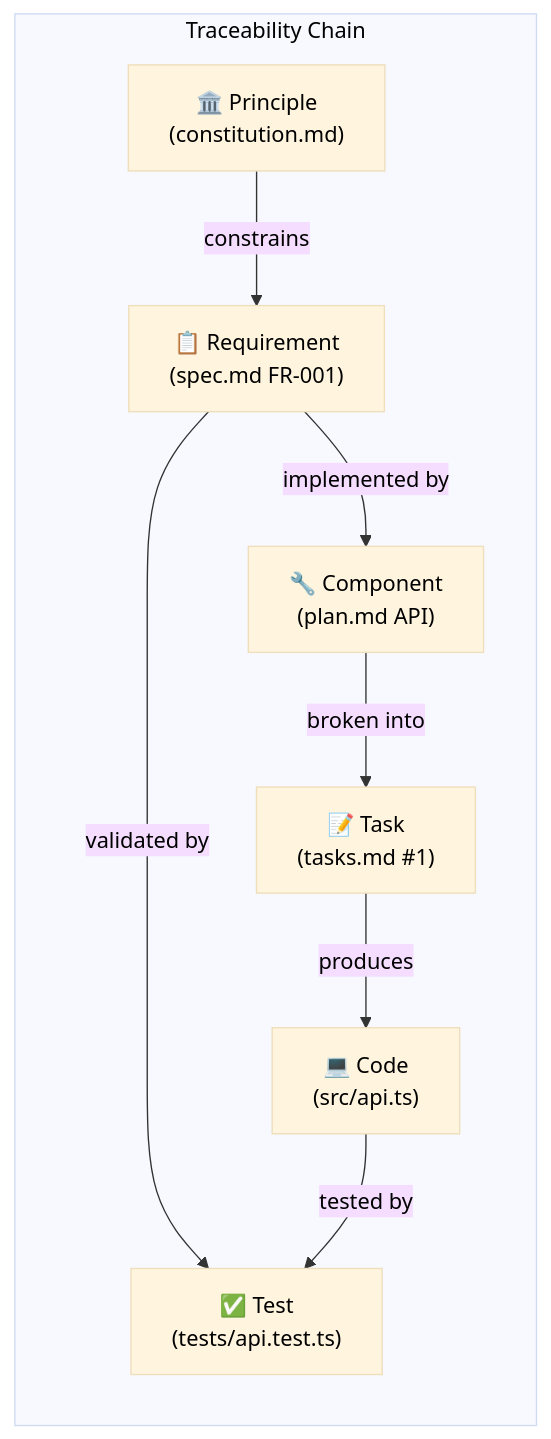
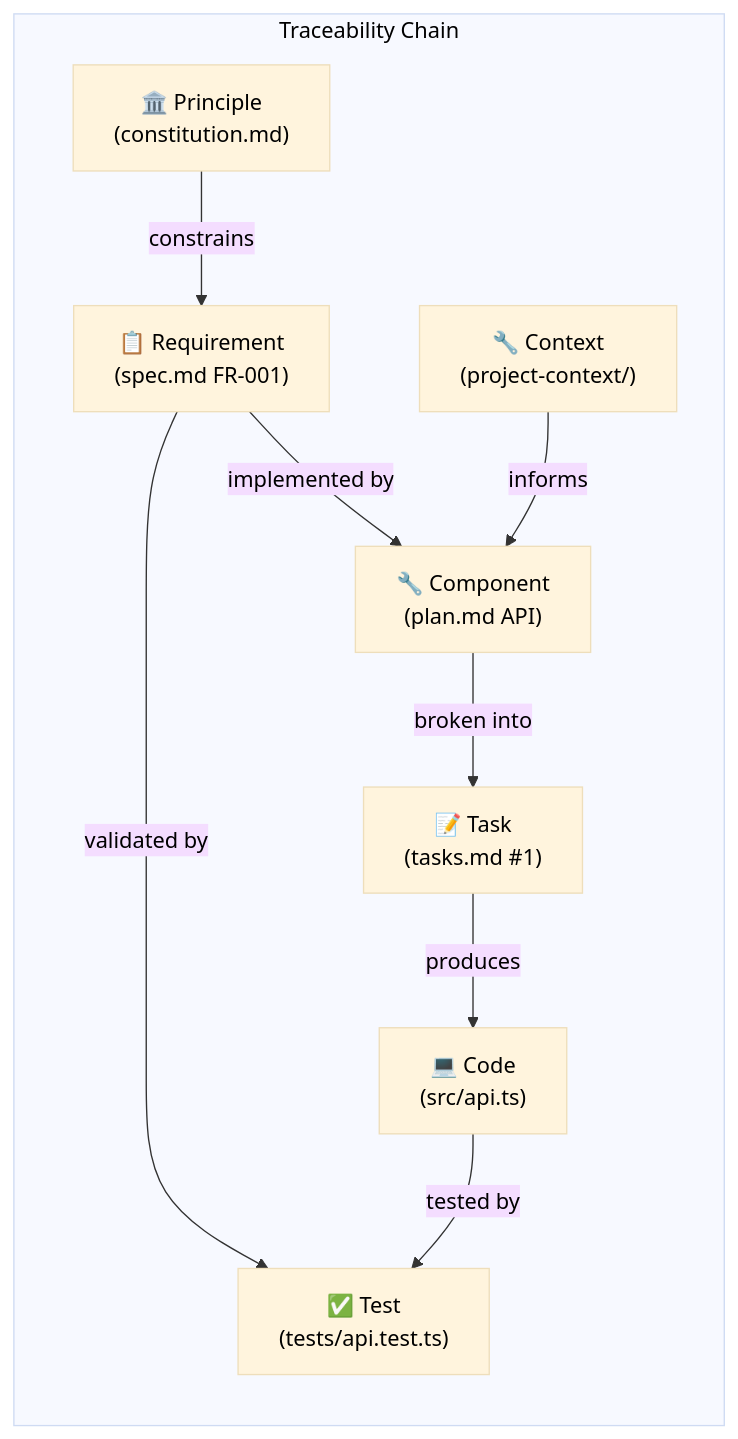
The fourth of 7 diagrams in .specify/docs/flows/artifact-relationships.md (Trindade11/Teste), drawn with Mermaid before and after one commit. The commit also changed other lines of this file and 25 other files, not shown here.

````diff
--- a/.specify/docs/flows/artifact-relationships.md
+++ b/.specify/docs/flows/artifact-relationships.md
@@ -128,21 +145,23 @@
 ```mermaid
 %%{init: {'theme': 'base', 'themeVariables': { 'primaryTextColor': '#000', 'secondaryTextColor': '#000', 'tertiaryTextColor': '#000', 'lineColor': '#333'}}}%%
 flowchart LR
     subgraph Trace["Traceability Chain"]
         direction TB
         
         Principle["🏛️ Principle<br/>(constitution.md)"]
+        Context["🔧 Context<br/>(project-context/)"]
         Requirement["📋 Requirement<br/>(spec.md FR-001)"]
         Component["🔧 Component<br/>(plan.md API)"]
         Task["📝 Task<br/>(tasks.md #1)"]
         Code["💻 Code<br/>(src/api.ts)"]
         Test["✅ Test<br/>(tests/api.test.ts)"]
     end
     
     Principle -->|"constrains"| Requirement
+    Context -->|"informs"| Component
     Requirement -->|"implemented by"| Component
     Component -->|"broken into"| Task
     Task -->|"produces"| Code
     Requirement -->|"validated by"| Test
     Code -->|"tested by"| Test
 ```
````
